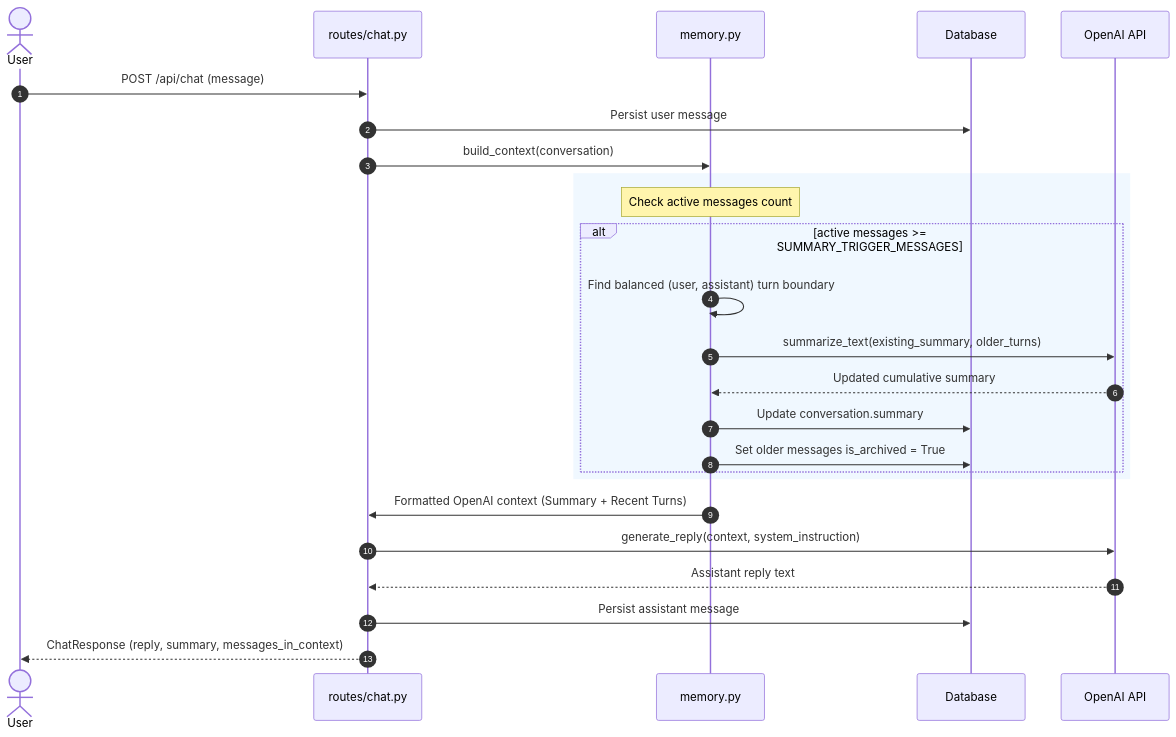
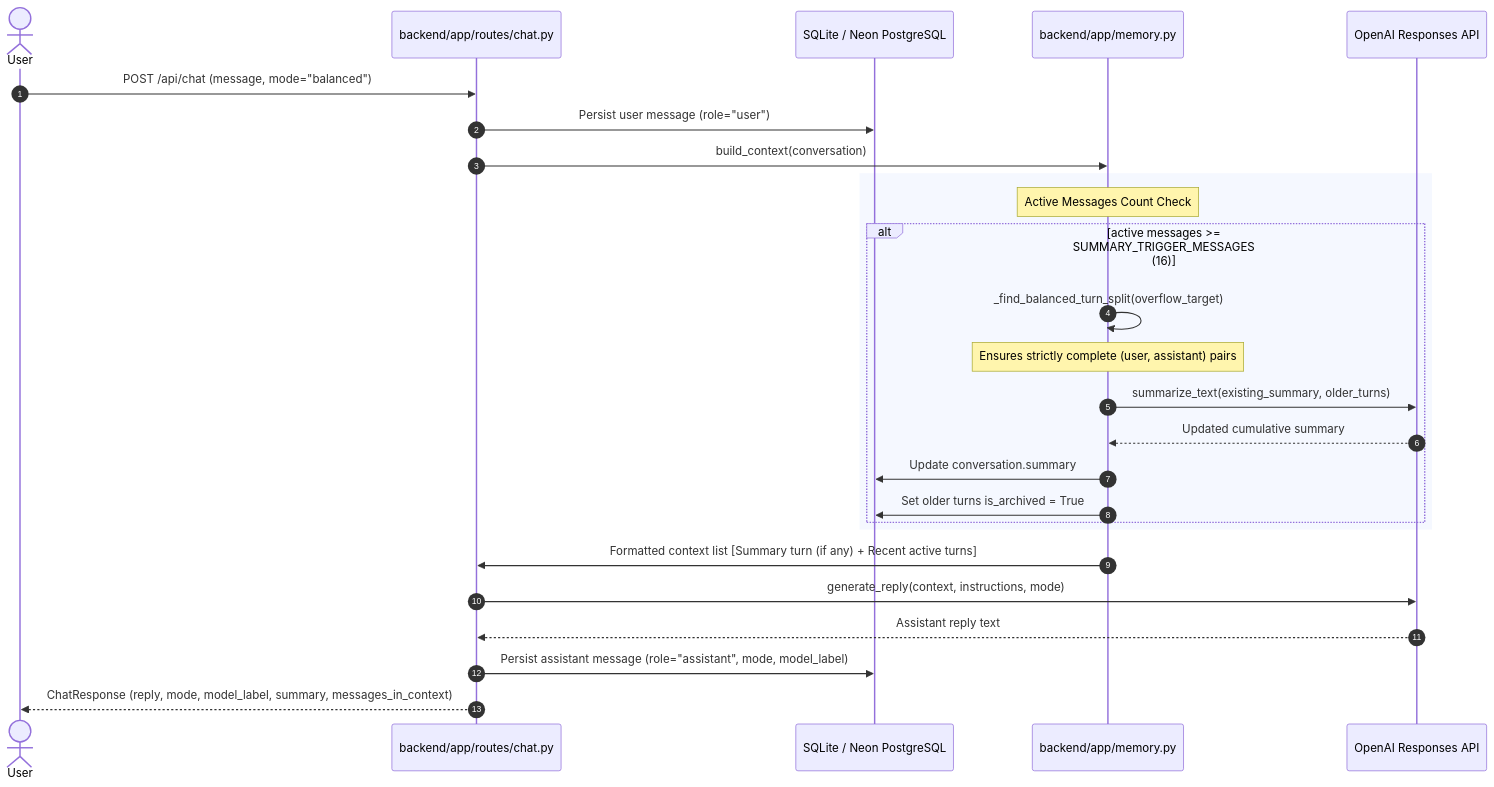
The second of 2 diagrams in README.md (bvr4j/context-ai-chatbot), drawn with Mermaid before and after one commit. The commit also changed other lines of this file and 6 other files, not shown here.

````diff
--- a/README.md
+++ b/README.md
@@ -335,30 +372,31 @@
 ```mermaid
 sequenceDiagram
     autonumber
     actor User
-    participant Route as routes/chat.py
-    participant Memory as memory.py
-    participant DB as Database
-    participant OpenAI as OpenAI API
+    participant Route as backend/app/routes/chat.py
+    participant DB as SQLite / Neon PostgreSQL
+    participant Memory as backend/app/memory.py
+    participant OpenAI as OpenAI Responses API
 
-    User->>Route: POST /api/chat (message)
-    Route->>DB: Persist user message
+    User->>Route: POST /api/chat (message, mode="balanced")
+    Route->>DB: Persist user message (role="user")
     Route->>Memory: build_context(conversation)
     
-    rect rgb(240, 248, 255)
-        Note over Memory: Check active messages count
-        alt active messages >= SUMMARY_TRIGGER_MESSAGES
-            Memory->>Memory: Find balanced (user, assistant) turn boundary
+    rect rgb(245, 248, 255)
+        Note over Memory: Active Messages Count Check
+        alt active messages >= SUMMARY_TRIGGER_MESSAGES (16)
+            Memory->>Memory: _find_balanced_turn_split(overflow_target)
+            Note over Memory: Ensures strictly complete (user, assistant) pairs
             Memory->>OpenAI: summarize_text(existing_summary, older_turns)
             OpenAI-->>Memory: Updated cumulative summary
             Memory->>DB: Update conversation.summary
-            Memory->>DB: Set older messages is_archived = True
+            Memory->>DB: Set older turns is_archived = True
         end
     end
 
-    Memory->>Route: Formatted OpenAI context (Summary + Recent Turns)
-    Route->>OpenAI: generate_reply(context, system_instruction)
+    Memory->>Route: Formatted context list [Summary turn (if any) + Recent active turns]
+    Route->>OpenAI: generate_reply(context, instructions, mode)
     OpenAI-->>Route: Assistant reply text
-    Route->>DB: Persist assistant message
-    Route-->>User: ChatResponse (reply, summary, messages_in_context)
+    Route->>DB: Persist assistant message (role="assistant", mode, model_label)
+    Route-->>User: ChatResponse (reply, mode, model_label, summary, messages_in_context)
 ```
````
